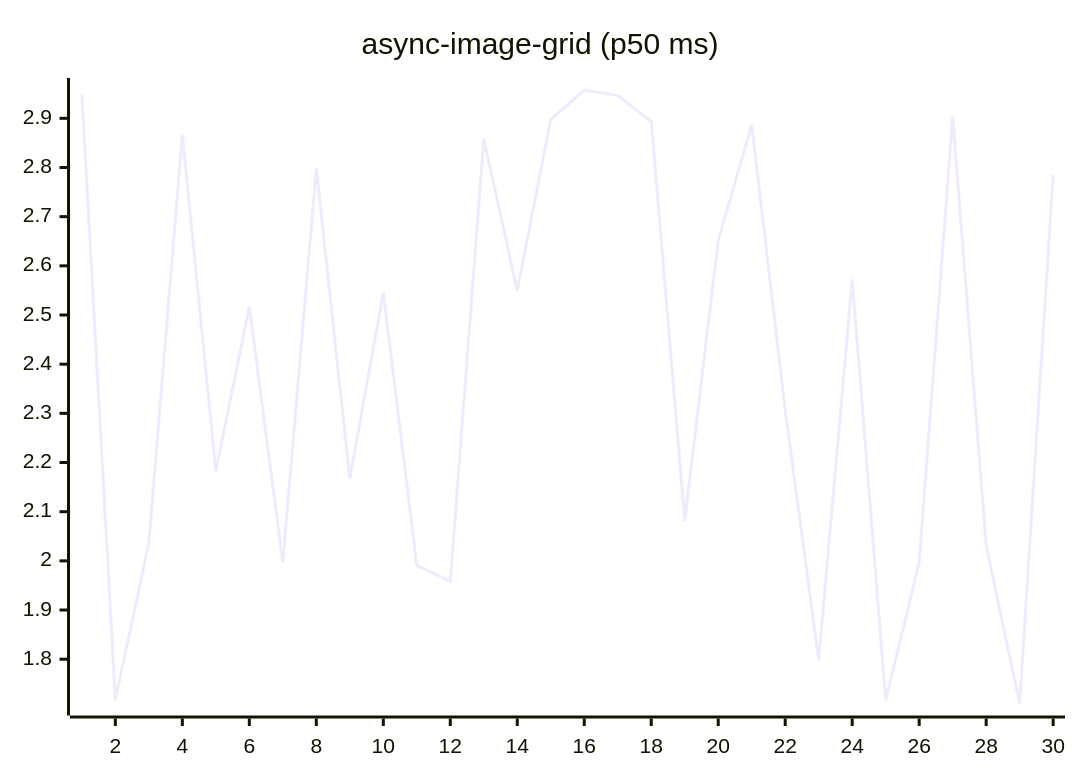
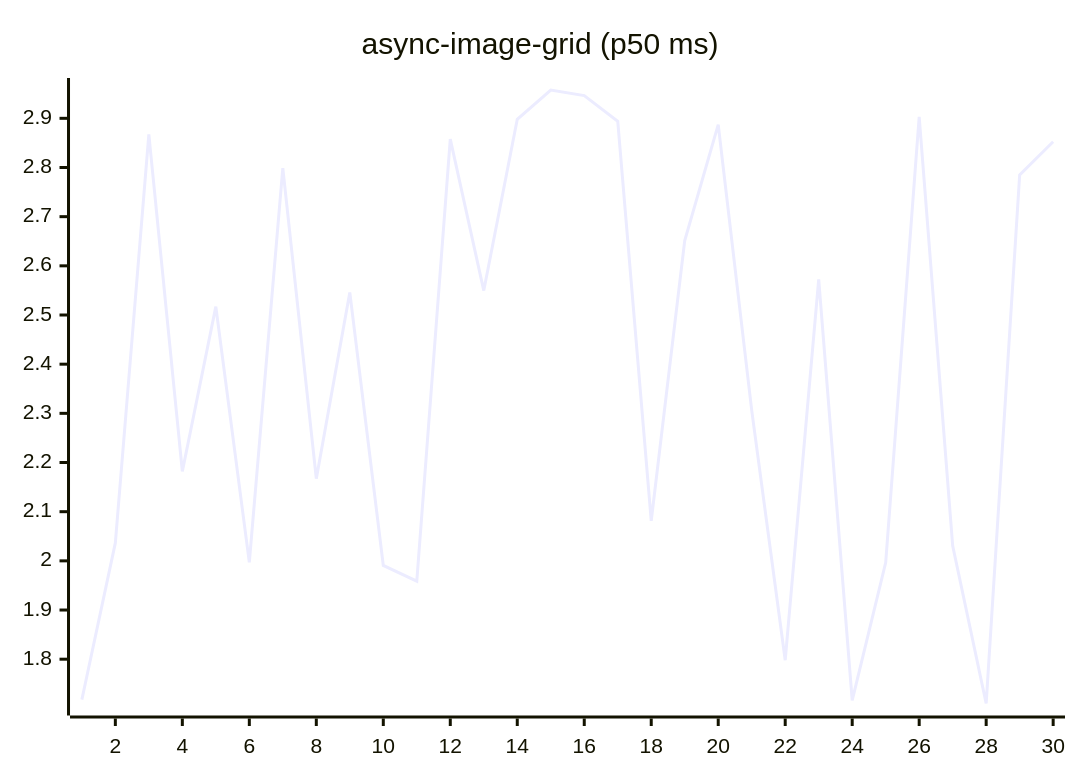
The fifth of 27 diagrams in README.md (josha/Facet), drawn with Mermaid before and after one commit. The commit also changed other lines of this file and 2 other files, not shown here.

````diff
--- a/README.md
+++ b/README.md
@@ -91,6 +91,6 @@
 ```mermaid
 xychart-beta
     title "async-image-grid (p50 ms)"
     x-axis 1 --> 30
-    line [2.9481, 1.7177, 2.0365, 2.8674, 2.1819, 2.5171, 1.9970, 2.7988, 2.1671, 2.5459, 1.9906, 1.9586, 2.8577, 2.5497, 2.8980, 2.9576, 2.9463, 2.8940, 2.0815, 2.6515, 2.8871, 2.3060, 1.7979, 2.5726, 1.7163, 1.9964, 2.9032, 2.0307, 1.7099, 2.7848]
+    line [1.7177, 2.0365, 2.8674, 2.1819, 2.5171, 1.9970, 2.7988, 2.1671, 2.5459, 1.9906, 1.9586, 2.8577, 2.5497, 2.8980, 2.9576, 2.9463, 2.8940, 2.0815, 2.6515, 2.8871, 2.3060, 1.7979, 2.5726, 1.7163, 1.9964, 2.9032, 2.0307, 1.7099, 2.7848, 2.8523]
 ```
````
